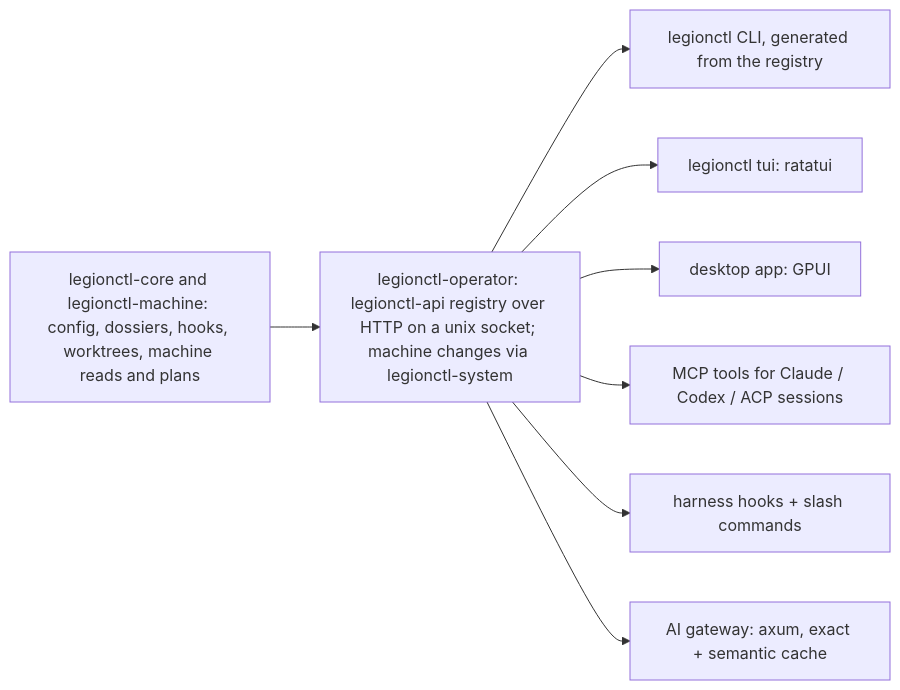
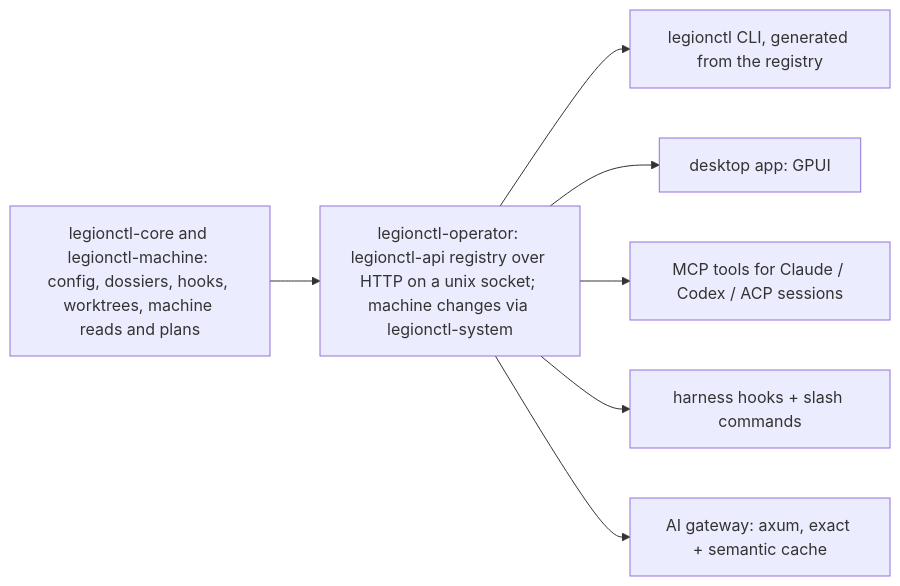
Before and after one commit to ksquarekumar/lenovolegionlinux: the diagram in docs/design/12-operator.md, drawn with Mermaid. The commit also changed other lines of this file and 35 other files, not shown here.

````diff
--- a/docs/design/12-operator.md
+++ b/docs/design/12-operator.md
@@ -9,11 +9,10 @@
 ```mermaid
 flowchart LR
   core[legionctl-core and legionctl-machine: config, dossiers, hooks, worktrees, machine reads and plans]
   core --> api[legionctl-operator: legionctl-api registry over HTTP on a unix socket; machine changes via legionctl-system]
   api --> cli[legionctl CLI, generated from the registry]
-  api --> tui[legionctl tui: ratatui]
   api --> app[desktop app: GPUI]
   api --> mcp[MCP tools for Claude / Codex / ACP sessions]
   api --> hooks[harness hooks + slash commands]
   api --> gw[AI gateway: axum, exact + semantic cache]
 ```
````
